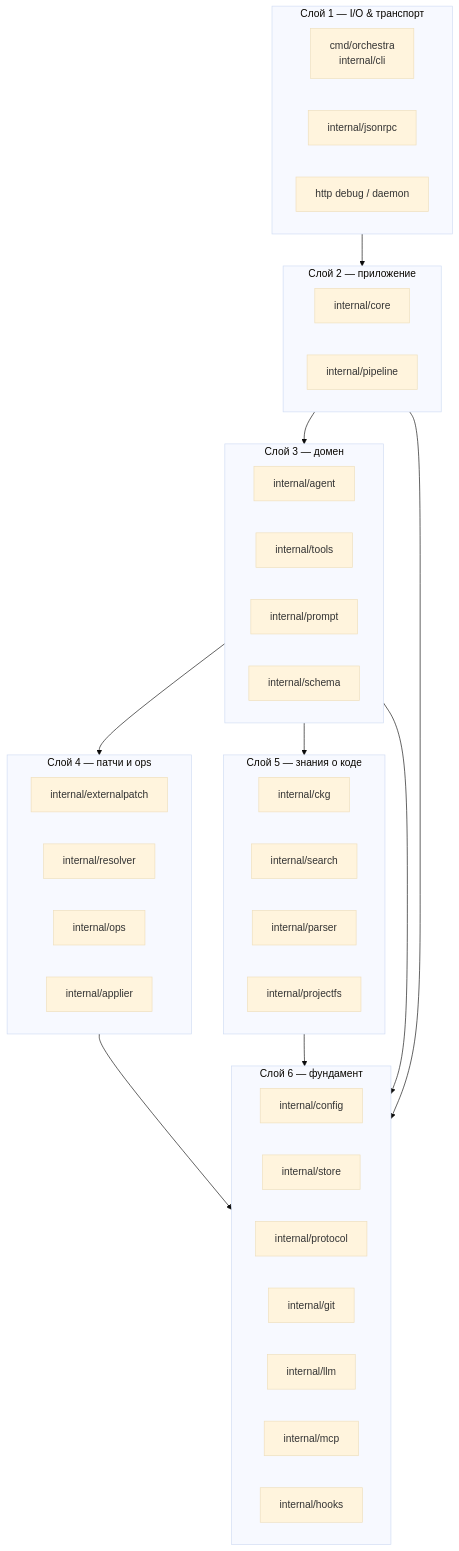
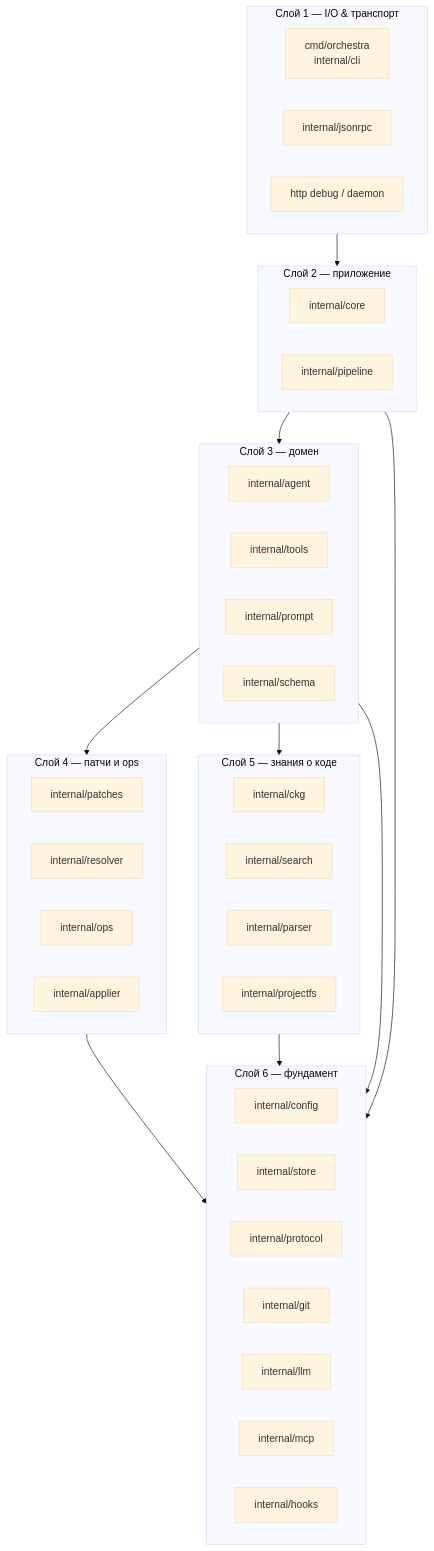
The seventh of 10 diagrams in docs/architecture-uml.md (GreyKxtx/Orchestra), drawn with Mermaid (base theme) before and after one commit. The commit also changed other lines of this file and 60 other files, not shown here.

````diff
--- a/docs/architecture-uml.md
+++ b/docs/architecture-uml.md
@@ -406,61 +406,61 @@
 ```mermaid
 flowchart TB
     classDef layer fill:#fff,stroke:#333
 
     subgraph IO[Слой 1 — I/O & транспорт]
         direction LR
         cli["cmd/orchestra<br/>internal/cli"]
         rpc["internal/jsonrpc"]
         http["http debug / daemon"]
     end
 
     subgraph App[Слой 2 — приложение]
         direction LR
         core["internal/core"]
         pipeline["internal/pipeline"]
     end
 
     subgraph Domain[Слой 3 — домен]
         direction LR
         agent["internal/agent"]
         tools["internal/tools"]
         prompt["internal/prompt"]
         schema["internal/schema"]
     end
 
     subgraph Patches[Слой 4 — патчи и ops]
         direction LR
-        ext["internal/externalpatch"]
+        ext["internal/patches"]
         res["internal/resolver"]
         ops["internal/ops"]
         apl["internal/applier"]
     end
 
     subgraph Knowledge[Слой 5 — знания о коде]
         direction LR
         ckg["internal/ckg"]
         srch["internal/search"]
         prsr["internal/parser"]
         prjfs["internal/projectfs"]
     end
 
     subgraph Foundation[Слой 6 — фундамент]
         direction LR
         cfg["internal/config"]
         store["internal/store"]
         proto["internal/protocol"]
         gitp["internal/git"]
         llmp["internal/llm"]
         mcpp["internal/mcp"]
         hooks["internal/hooks"]
     end
 
     IO --> App
     App --> Domain
     Domain --> Patches
     Domain --> Knowledge
     Patches --> Foundation
     Knowledge --> Foundation
     Domain --> Foundation
     App --> Foundation
 ```
````
